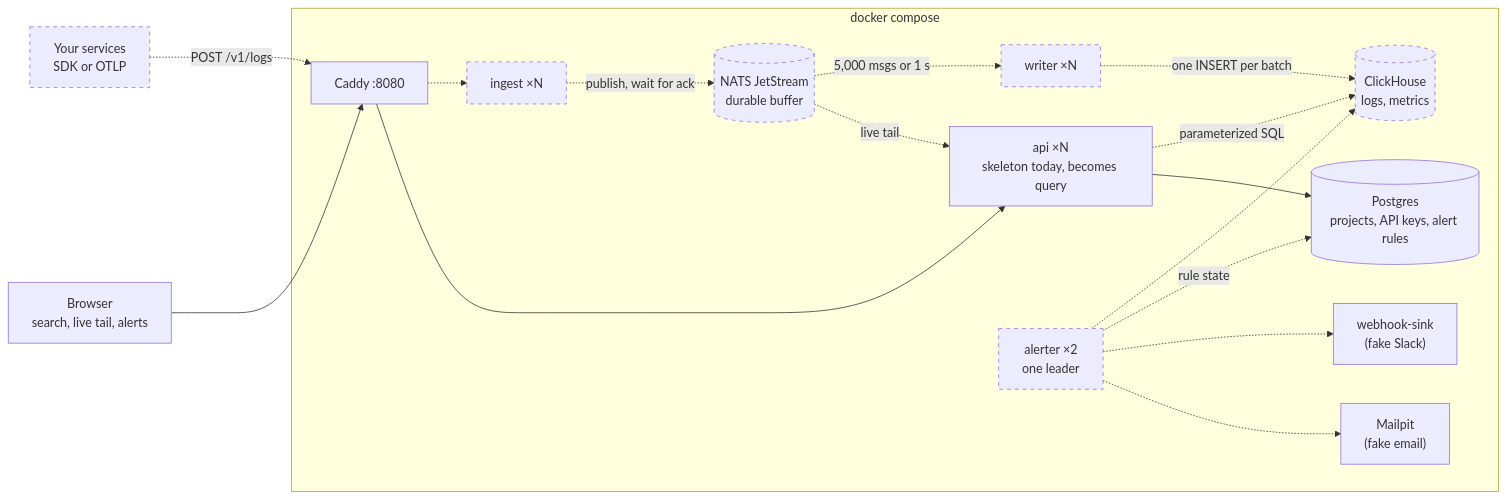
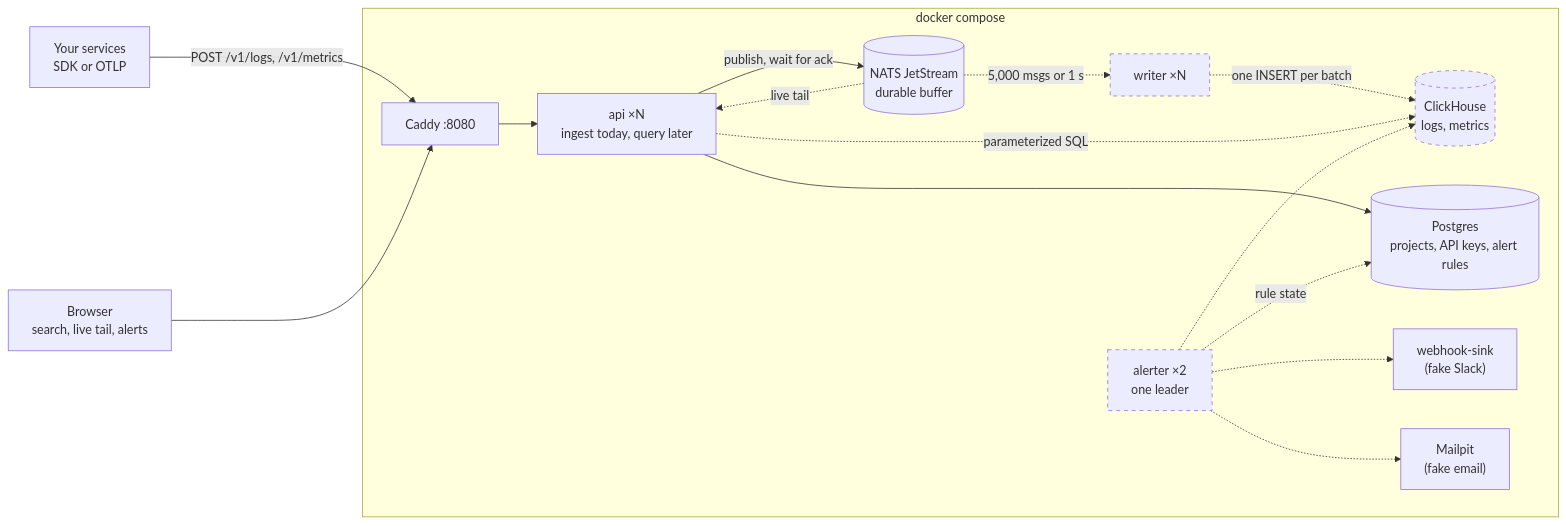
One commit to gonzalo-gigena/observability changed the diagram in README.md. Above: the diagram before and after it, drawn with Mermaid. The commit also changed other lines of this file and 12 other files, not shown here.

````diff
--- a/README.md
+++ b/README.md
@@ -51,33 +131,31 @@
 ```mermaid
 flowchart LR
   services["Your services<br/>SDK or OTLP"]
   browser["Browser<br/>search, live tail, alerts"]
   subgraph stack["docker compose"]
     caddy["Caddy :8080"]
-    ingest["ingest ×N"]
     nats[("NATS JetStream<br/>durable buffer")]
     writer["writer ×N"]
     ch[("ClickHouse<br/>logs, metrics")]
-    api["api ×N<br/>skeleton today, becomes query"]
+    api["api ×N<br/>ingest today, query later"]
     alerter["alerter ×2<br/>one leader"]
     db[("Postgres<br/>projects, API keys, alert rules")]
     sink["webhook-sink<br/>(fake Slack)"]
     mail["Mailpit<br/>(fake email)"]
   end
-  services -.->|"POST /v1/logs"| caddy
+  services -->|"POST /v1/logs, /v1/metrics"| caddy
   browser --> caddy
-  caddy -.-> ingest
   caddy --> api
-  ingest -.->|"publish, wait for ack"| nats
+  api -->|"publish, wait for ack"| nats
   nats -.->|"5,000 msgs or 1 s"| writer
   writer -.->|"one INSERT per batch"| ch
   api -.->|"parameterized SQL"| ch
   nats -.->|"live tail"| api
   api --> db
   alerter -.-> ch
   alerter -.->|"rule state"| db
   alerter -.-> sink
   alerter -.-> mail
-  class services,ingest,nats,writer,ch,alerter planned
+  class writer,ch,alerter planned
   classDef planned stroke-dasharray: 5 5
 ```
````
